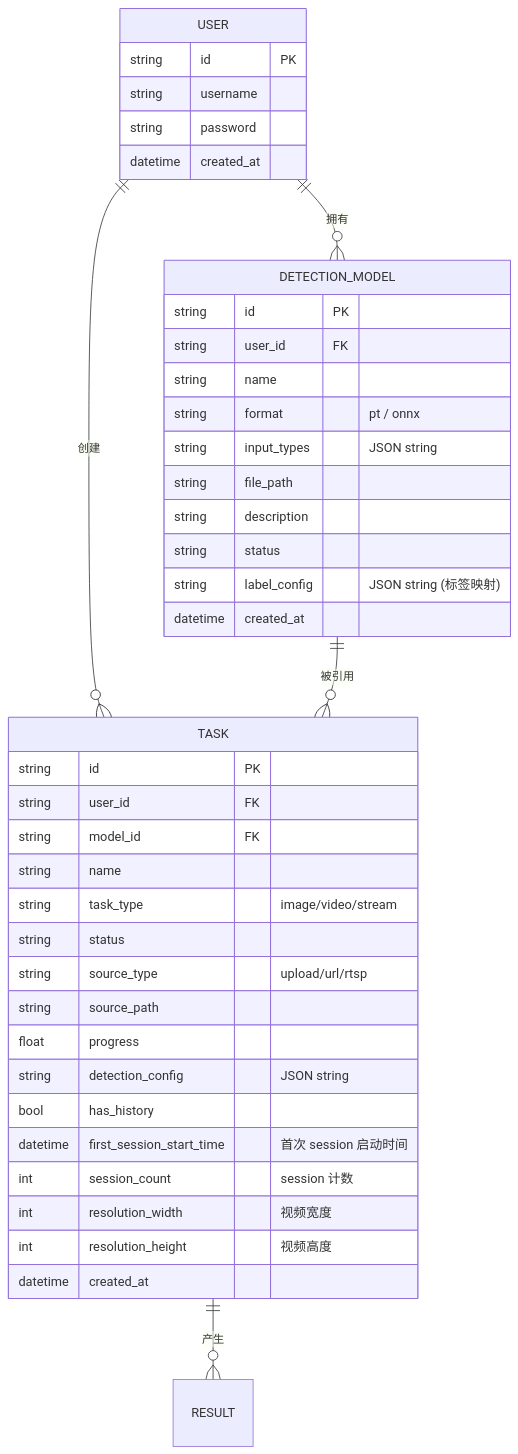
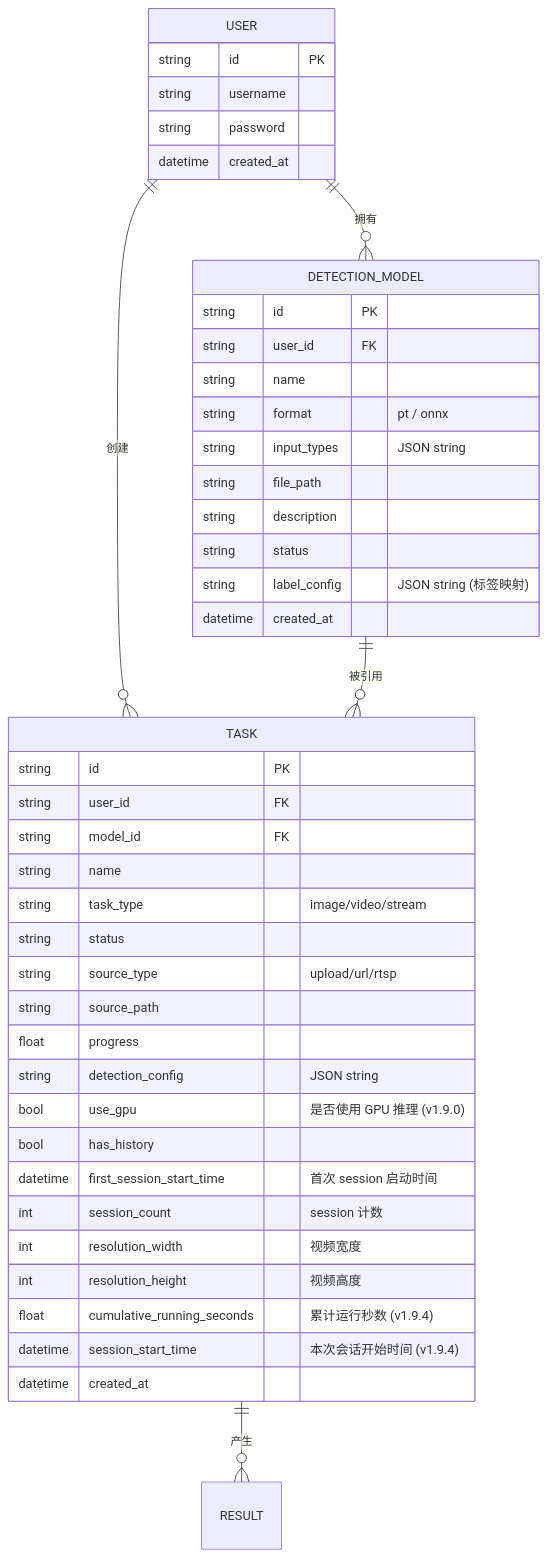
The diagram in docs/database.md (whynotnanfeng/FireGuard), drawn with Mermaid before and after one commit. The commit also changed other lines of this file and 86 other files, not shown here.

````diff
--- a/docs/database.md
+++ b/docs/database.md
@@ -9,46 +9,49 @@
 ```mermaid
 erDiagram
     USER ||--o{ DETECTION_MODEL : "拥有"
     USER ||--o{ TASK : "创建"
     DETECTION_MODEL ||--o{ TASK : "被引用"
     TASK ||--o{ RESULT : "产生"
 
     USER {
         string id PK
         string username
         string password
         datetime created_at
     }
 
     DETECTION_MODEL {
         string id PK
         string user_id FK
         string name
         string format "pt / onnx"
         string input_types "JSON string"
         string file_path
         string description
         string status
         string label_config "JSON string (标签映射)"
         datetime created_at
     }
 
     TASK {
         string id PK
         string user_id FK
         string model_id FK
         string name
         string task_type "image/video/stream"
         string status
         string source_type "upload/url/rtsp"
         string source_path
         float progress
         string detection_config "JSON string"
+        bool use_gpu "是否使用 GPU 推理 (v1.9.0)"
         bool has_history
         datetime first_session_start_time "首次 session 启动时间"
         int session_count "session 计数"
         int resolution_width "视频宽度"
         int resolution_height "视频高度"
+        float cumulative_running_seconds "累计运行秒数 (v1.9.4)"
+        datetime session_start_time "本次会话开始时间 (v1.9.4)"
         datetime created_at
     }
 ```
````
